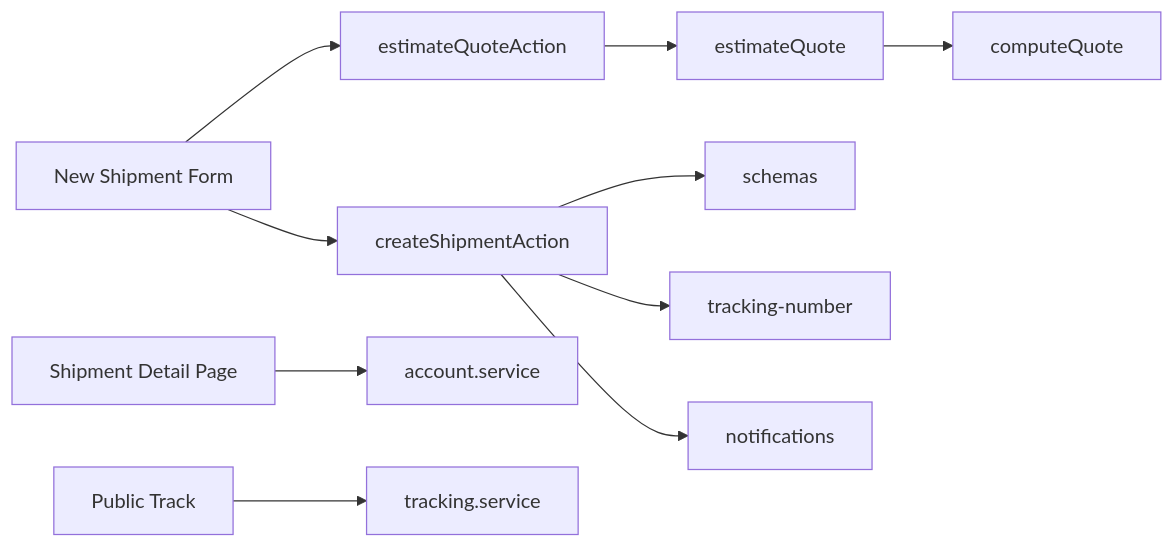
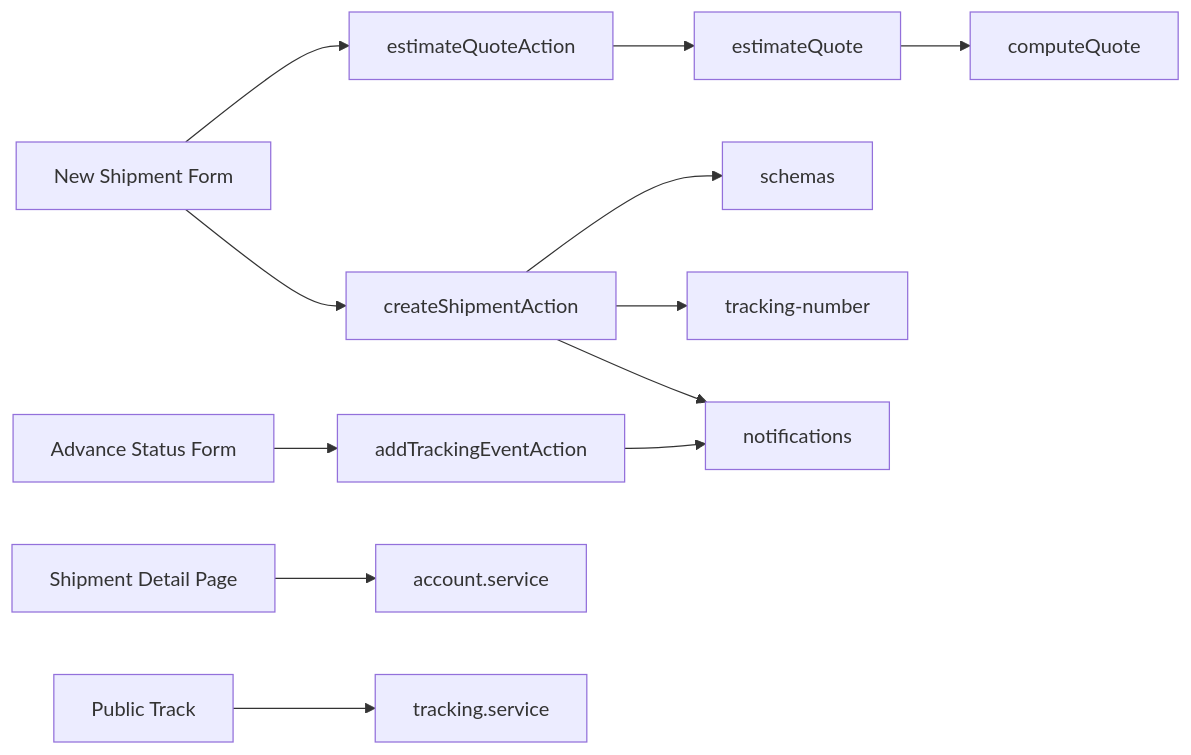
Diagram 11 of 11 in .qoder/repowiki/en/content/Shipment Management/Shipment Management.md (gyamposudodzi/Timberland), drawn with Mermaid before and after one commit. The commit also changed other lines of this file and 87 other files, not shown here.

````diff
--- a/.qoder/repowiki/en/content/Shipment Management/Shipment Management.md
+++ b/.qoder/repowiki/en/content/Shipment Management/Shipment Management.md
@@ -399,12 +502,14 @@
 ```mermaid
 graph LR
 Form["New Shipment Form"] --> QuoteAction["estimateQuoteAction"]
 Form --> CreateAction["createShipmentAction"]
+OpsForm["Advance Status Form"] --> OpsAction["addTrackingEventAction"]
 QuoteAction --> Rating["estimateQuote"]
 Rating --> Pricing["computeQuote"]
 CreateAction --> Validation["schemas"]
 CreateAction --> TrackingNum["tracking-number"]
 CreateAction --> Notifs["notifications"]
+OpsAction --> Notifs["notifications"]
 Detail["Shipment Detail Page"] --> AccountSvc["account.service"]
 PublicTrack["Public Track"] --> TrackingSvc["tracking.service"]
 ```
````
